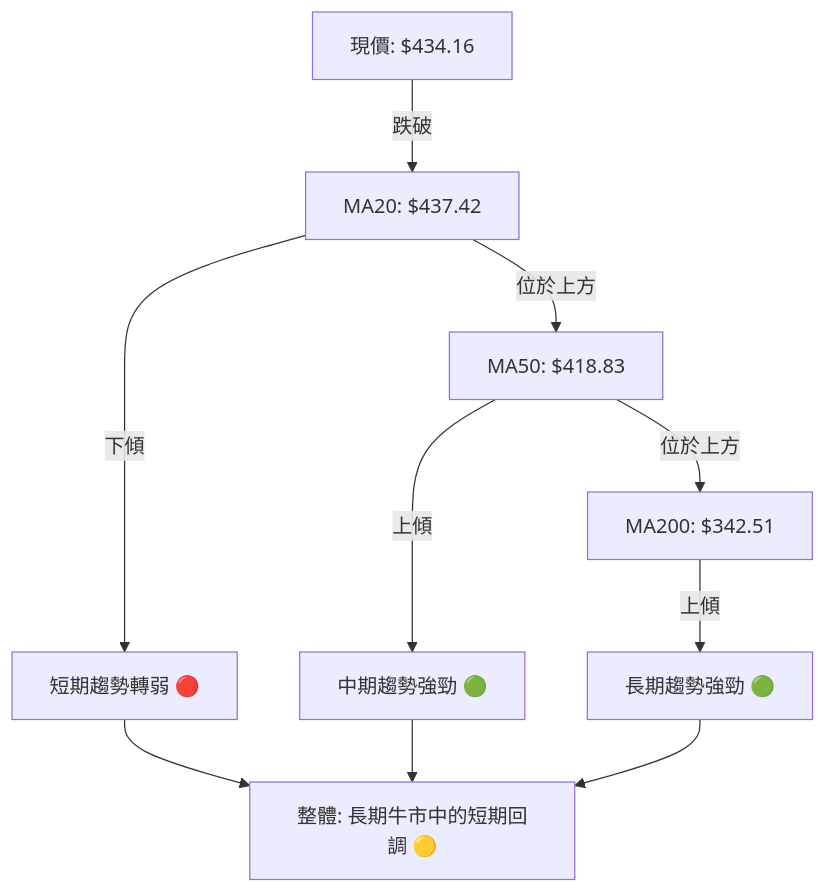
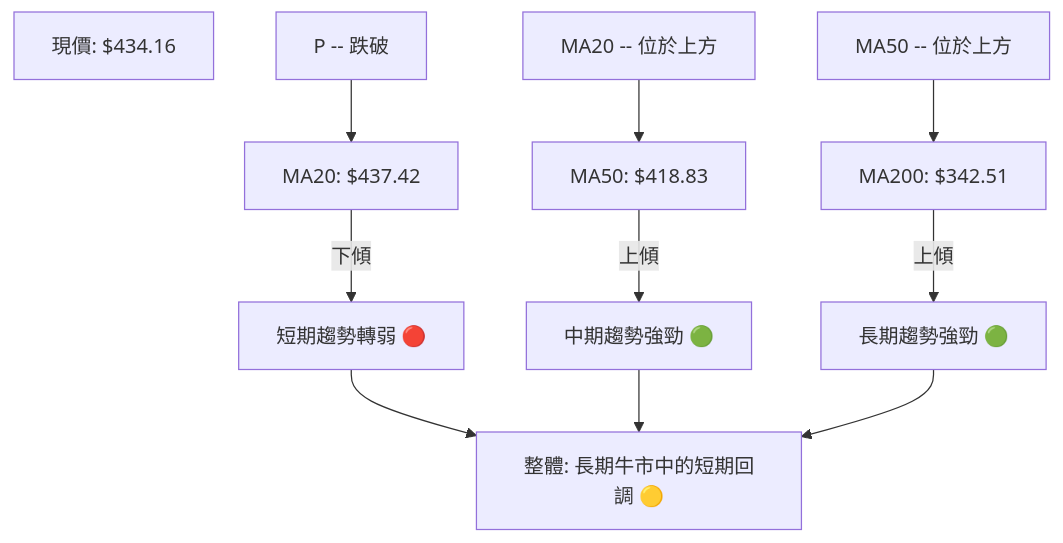
Before and after one commit to yennanliu/finance_data: the seventh of 11 diagrams in ai_gen_report/stock/tsm/technical_analysis_2026-07-03_gemini.md, drawn with Mermaid. The commit also changed other lines of this file and 2258 other files, not shown here.

First line of the commit message:
chore: backfill Mermaid syntax repair across existing reports

````diff
--- a/ai_gen_report/stock/tsm/technical_analysis_2026-07-03_gemini.md
+++ b/ai_gen_report/stock/tsm/technical_analysis_2026-07-03_gemini.md
@@ -388,17 +388,17 @@
 ```mermaid
 graph TD
-    P[現價: $434.16]
-    MA20[MA20: $437.42]
-    MA50[MA50: $418.83]
-    MA200[MA200: $342.51]
+    P["現價: $434.16"]
+    MA20["MA20: $437.42"]
+    MA50["MA50: $418.83"]
+    MA200["MA200: $342.51"]
 
-    P -- 跌破 --> MA20
-    MA20 -- 位於上方 --> MA50
-    MA50 -- 位於上方 --> MA200
+    nb1["P -- 跌破"] --> MA20
+    nb2["MA20 -- 位於上方"] --> MA50
+    nb3["MA50 -- 位於上方"] --> MA200
 
-    MA20 -- 下傾 --> ShortTermBear[短期趨勢轉弱 🔴]
-    MA50 -- 上傾 --> MidTermBull[中期趨勢強勁 🟢]
-    MA200 -- 上傾 --> LongTermBull[長期趨勢強勁 🟢]
+    MA20 -- 下傾 --> ShortTermBear["短期趨勢轉弱 🔴"]
+    MA50 -- 上傾 --> MidTermBull["中期趨勢強勁 🟢"]
+    MA200 -- 上傾 --> LongTermBull["長期趨勢強勁 🟢"]
 
-    ShortTermBear & MidTermBull & LongTermBull --> Overall[整體: 長期牛市中的短期回調 🟡]
+    ShortTermBear & MidTermBull & LongTermBull --> Overall["整體: 長期牛市中的短期回調 🟡"]
 ```
````
